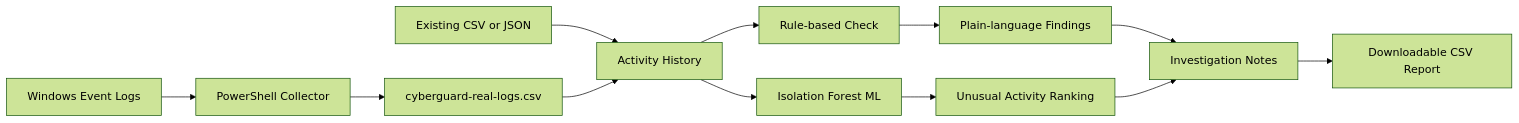
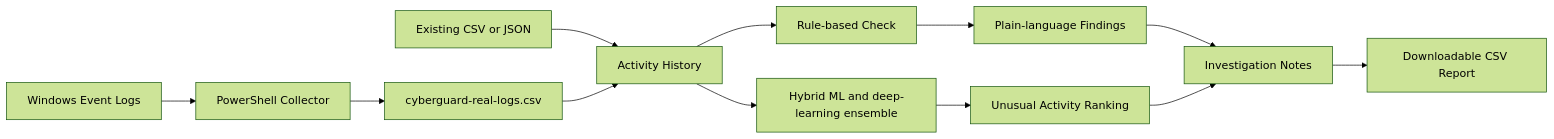
Before and after one commit to CyberGuard-AI-Team/Cyberguard-AI: the diagram in README.md, drawn with Mermaid (forest theme). The commit also changed other lines of this file and 4 other files, not shown here.

Commit message:
Add hybrid ML and deep learning analysis

````diff
--- a/README.md
+++ b/README.md
@@ -53,14 +53,14 @@
 ```mermaid
 flowchart LR
     A[Windows Event Logs] --> B[PowerShell Collector]
     C[Existing CSV or JSON] --> D[Activity History]
     B --> E[cyberguard-real-logs.csv]
     E --> D
     D --> F[Rule-based Check]
-    D --> G[Isolation Forest ML]
+    D --> G[Hybrid ML and deep-learning ensemble]
     F --> H[Plain-language Findings]
     G --> I[Unusual Activity Ranking]
     H --> J[Investigation Notes]
     I --> J
     J --> K[Downloadable CSV Report]
 ```
````
